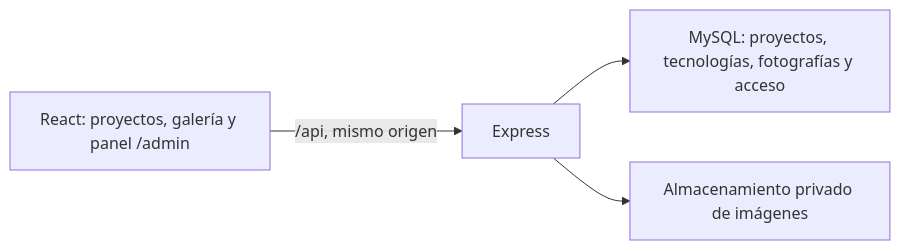
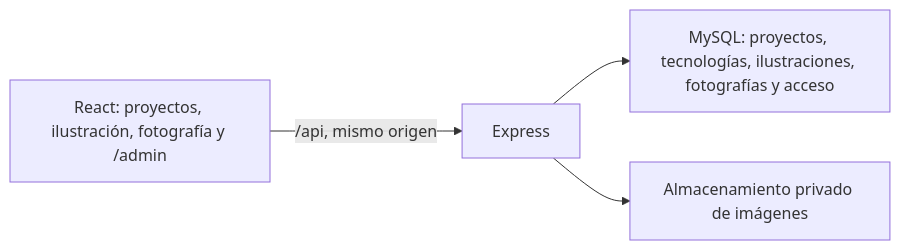
The diagram in docs/backend-fotografia.md (Josekuy/web-bootstrap), drawn with Mermaid before and after one commit. The commit also changed other lines of this file and 63 other files, not shown here.

````diff
--- a/docs/backend-fotografia.md
+++ b/docs/backend-fotografia.md
@@ -7,6 +7,6 @@
 ```mermaid
 flowchart LR
-    React["React: proyectos, galería y panel /admin"] -->|"/api, mismo origen"| Express["Express"]
-    Express --> BD["MySQL: proyectos, tecnologías, fotografías y acceso"]
+    React["React: proyectos, ilustración, fotografía y /admin"] -->|"/api, mismo origen"| Express["Express"]
+    Express --> BD["MySQL: proyectos, tecnologías, ilustraciones, fotografías y acceso"]
     Express --> Archivos["Almacenamiento privado de imágenes"]
 ```
````
